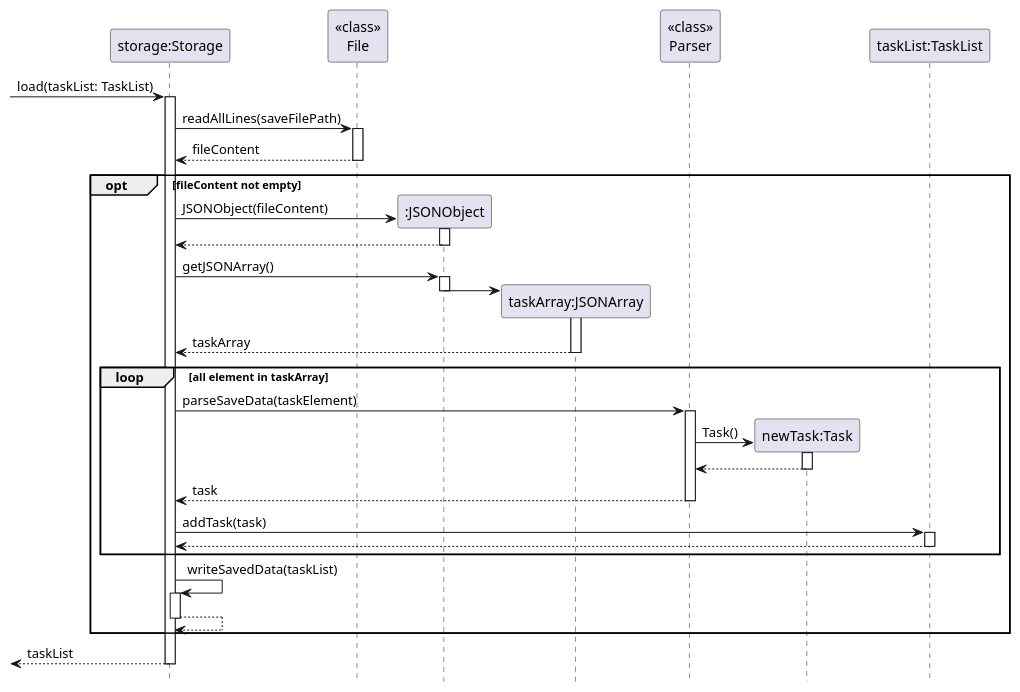
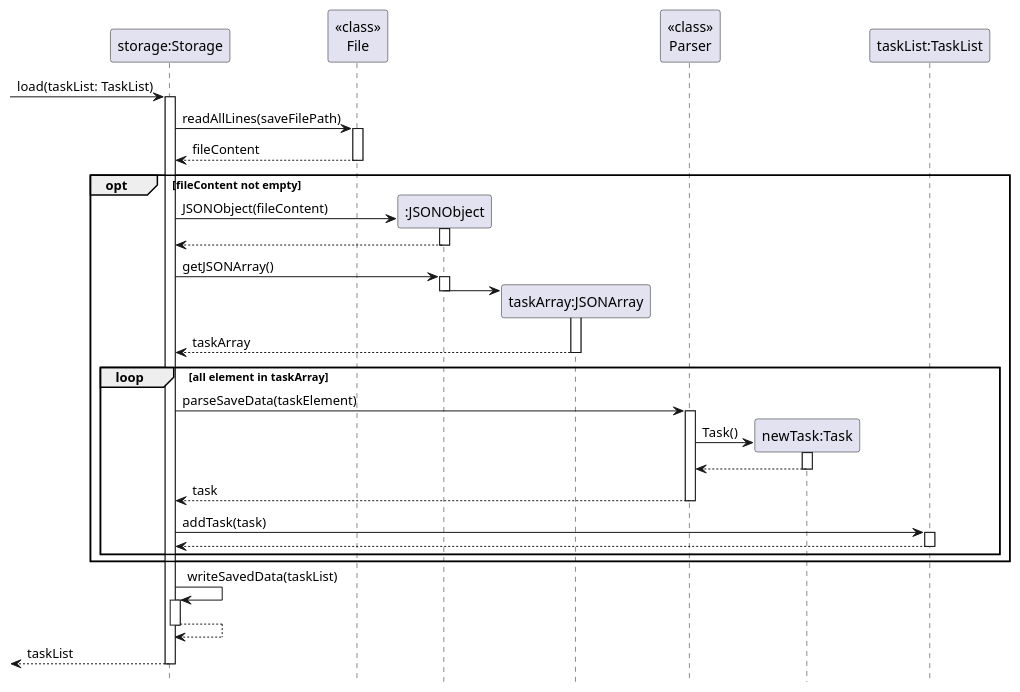
One commit to nus-cs2113-AY2122S2/tp changed the diagram in docs/puml/StorageLoadSD.puml. Above: the diagram before and after it, drawn with PlantUML. The commit also changed 3 other files, not shown here.

Commit message:
Update sequence diagram for storage

```diff
--- a/docs/puml/StorageLoadSD.puml
+++ b/docs/puml/StorageLoadSD.puml
@@ -1,50 +1,49 @@
 @startuml
 'https://plantuml.com/sequence-diagram
 
 hide footbox
 participant Storage as "storage:Storage"
 participant File as "<<class>>\nFile"
 participant JSONObject as ":JSONObject"
 participant JSONArray as "taskArray:JSONArray"
 participant Parser as "<<class>>\nParser"
 participant Task as "newTask:Task"
 participant List as "taskList:TaskList"
 
 [-> Storage ++: load(taskList: TaskList)
 
 Storage -> File as "<<class>>\nFile" ++: readAllLines(saveFilePath)
 
 File --> Storage --: fileContent
 
 opt fileContent not empty
     create JSONObject
     Storage -> JSONObject ++: JSONObject(fileContent)
     JSONObject --> Storage --:
 
     Storage -> JSONObject ++:getJSONArray()
 
     create JSONArray
     JSONObject -> JSONArray ++:
     deactivate JSONObject
 
     JSONArray --> Storage --: taskArray
 
     loop all element in taskArray
         Storage -> Parser ++: parseSaveData(taskElement)
 
         create Task
         Parser -> Task ++: Task()
 
         Task --> Parser --
 
         Parser --> Storage --: task
 
         Storage -> List ++: addTask(task)
         List --> Storage --
     end
-
-    Storage -> Storage ++ : writeSavedData(taskList)
-    Storage --> Storage --
 end
+Storage -> Storage ++ : writeSavedData(taskList)
+Storage --> Storage --
 return taskList
 @enduml
```
